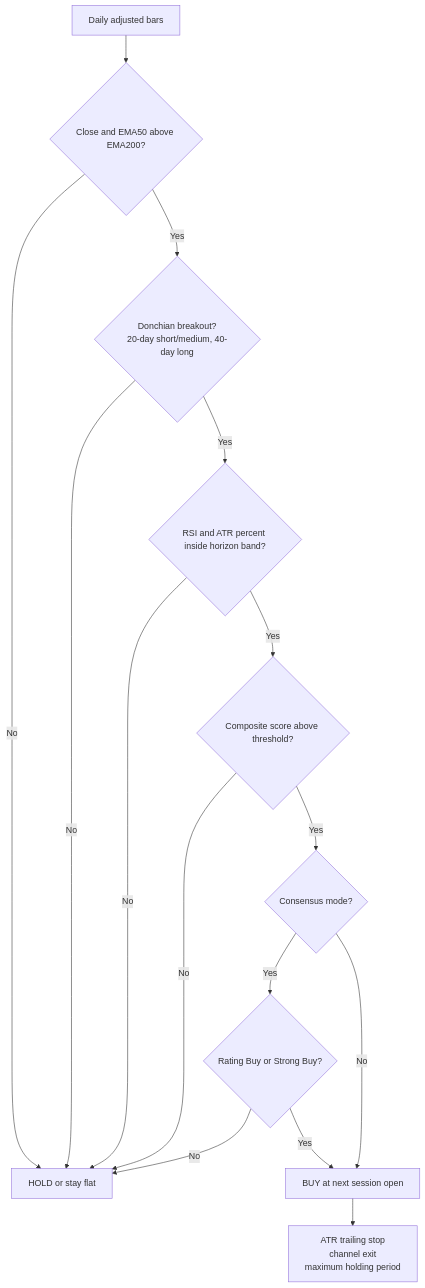
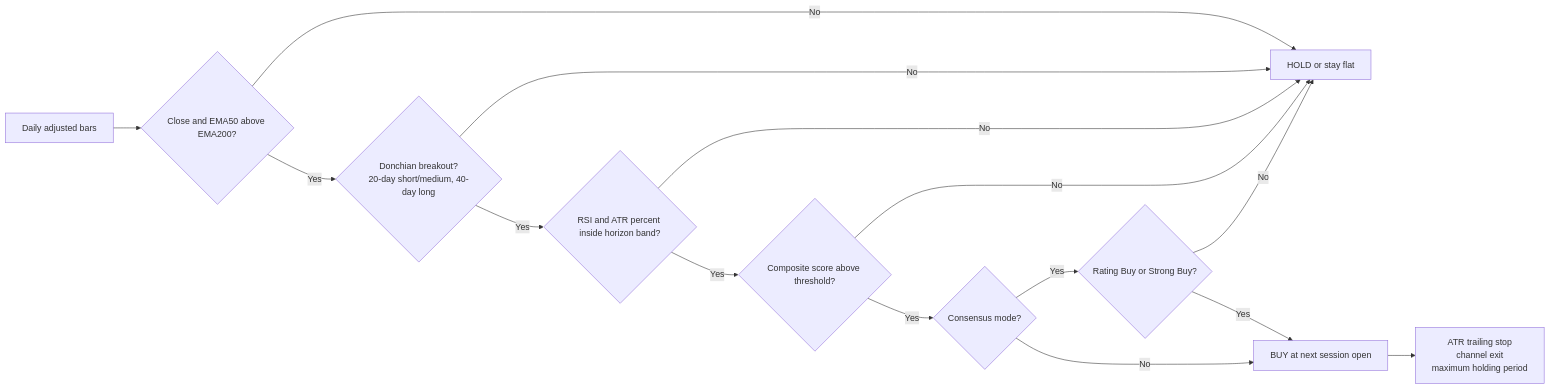
The first of 2 diagrams in README.md (kingabzpro/tpi-rs), drawn with Mermaid before and after one commit. The commit also changed 1 other file, not shown here.

Commit message:
Render flowcharts left to right

````diff
--- a/README.md
+++ b/README.md
@@ -87,17 +87,17 @@
 ```mermaid
-flowchart TD
+flowchart LR
     A[Daily adjusted bars] --> B{Close and EMA50 above EMA200?}
     B -- No --> H[HOLD or stay flat]
     B -- Yes --> C{Donchian breakout?<br/>20-day short/medium, 40-day long}
     C -- No --> H
     C -- Yes --> D{RSI and ATR percent inside horizon band?}
     D -- No --> H
     D -- Yes --> E{Composite score above threshold?}
     E -- No --> H
     E -- Yes --> F{Consensus mode?}
     F -- Yes --> G{Rating Buy or Strong Buy?}
     G -- No --> H
     G -- Yes --> I[BUY at next session open]
     F -- No --> I
     I --> J[ATR trailing stop<br/>channel exit<br/>maximum holding period]
 ```
````
